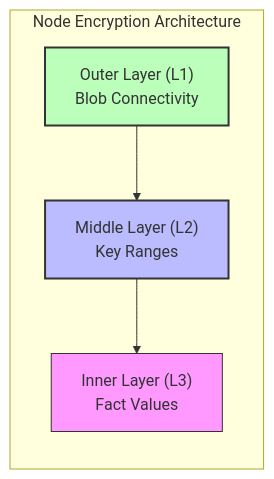
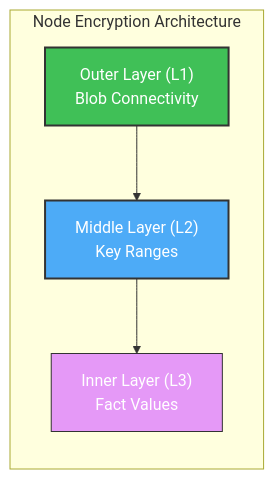
One commit to dialog-db/dialog-db changed the third of 7 diagrams in notes/privacy.md. Above: the diagram before and after it, drawn with Mermaid. The commit also changed other lines of this file, not shown here.

````diff
--- a/notes/privacy.md
+++ b/notes/privacy.md
@@ -118,12 +118,12 @@
 ```mermaid
 flowchart TD
     subgraph "Node Encryption Architecture"
         direction TB
         Outer["Outer Layer (L1)<br/>Blob Connectivity"] --> Middle["Middle Layer (L2)<br/>Key Ranges"]
         Middle --> Inner["Inner Layer (L3)<br/>Fact Values"]
     end
     
-    style Outer fill:#bfb,stroke:#333,stroke-width:2px
-    style Middle fill:#bbf,stroke:#333,stroke-width:2px
-    style Inner fill:#f9f,stroke:#333,stroke-width:1px
+    style Outer fill:#40C057,stroke:#333,stroke-width:2px,color:#FFFFFF
+    style Middle fill:#4DABF7,stroke:#333,stroke-width:2px,color:#FFFFFF
+    style Inner fill:#E599F7,stroke:#333,stroke-width:1px,color:#FFFFFF
 ```
````
